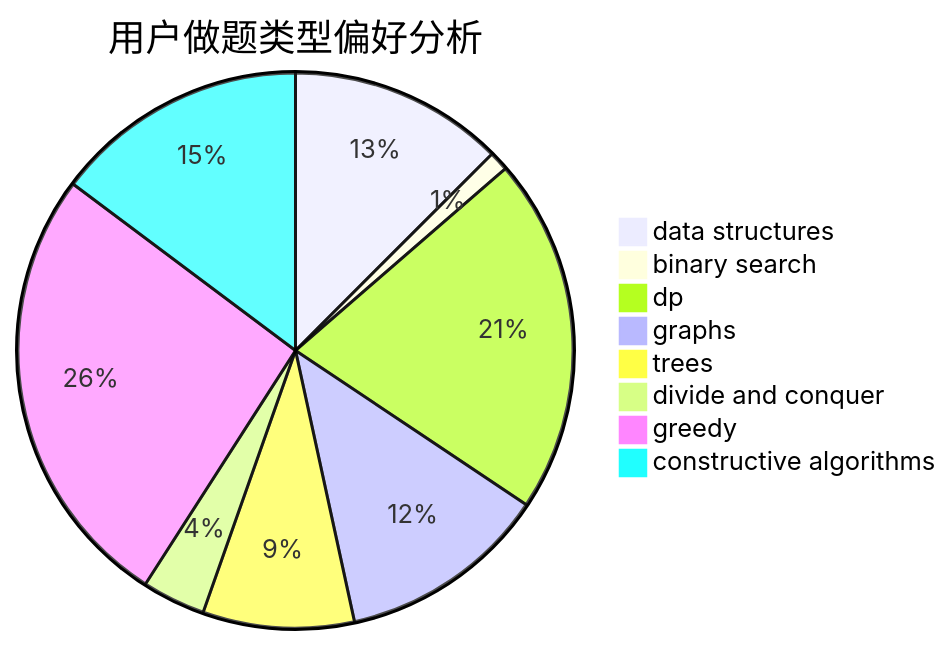
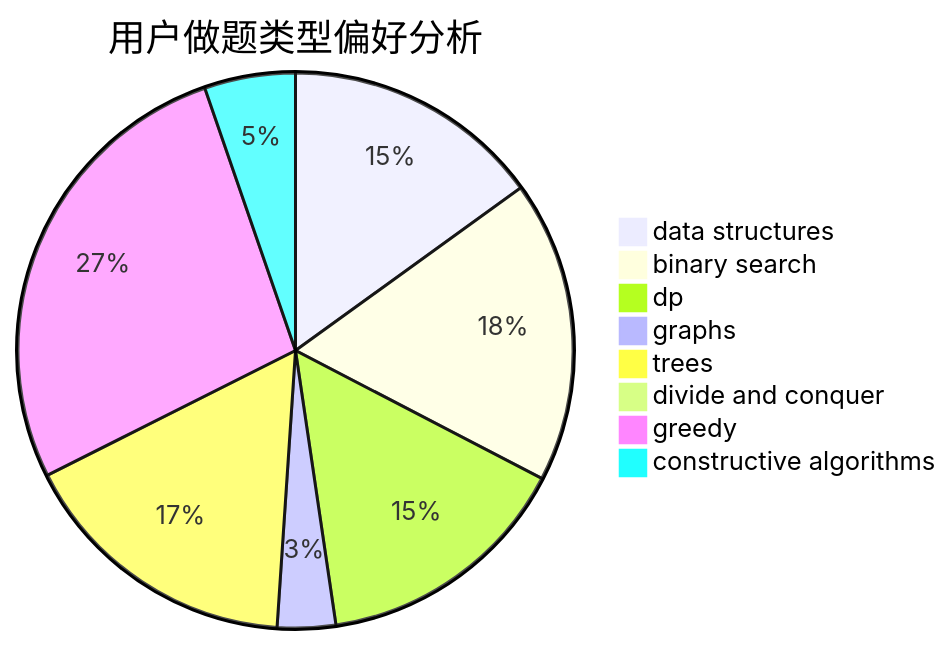
One commit to sherpahu/cfrs.github.io changed the second of 3 diagrams in docs/user/u2171.md. Above: the diagram before and after it, drawn with Mermaid. The commit also changed other lines of this file and 2770 other files, not shown here.

````diff
--- a/docs/user/u2171.md
+++ b/docs/user/u2171.md
@@ -23,11 +23,11 @@
 ```mermaid
 pie title 用户做题类型偏好分析
-    "data structures" :  44
-    "binary search" :  4
-    "dp" :  73
-    "graphs" :  43
-    "trees" :  31
-    "divide and conquer" :  13
-    "greedy" :  92
-    "constructive algorithms" :  52
+    "data structures" :  71
+    "binary search" :  83
+    "dp" :  71
+    "graphs" :  16
+    "trees" :  78
+    "divide and conquer" :  0
+    "greedy" :  128
+    "constructive algorithms" :  25
 ```
````
